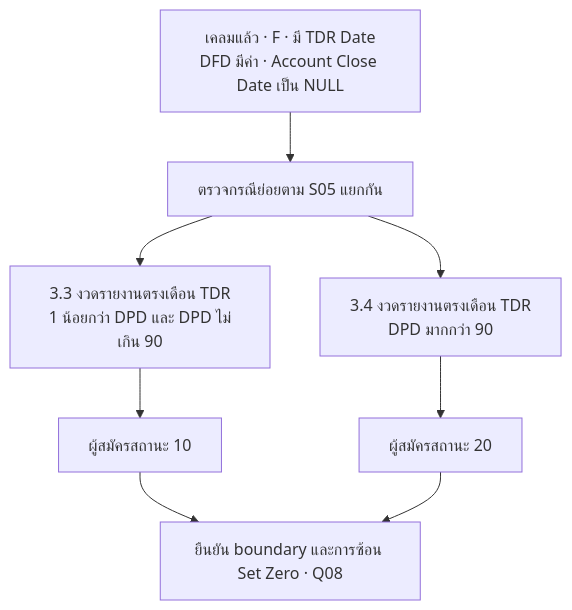
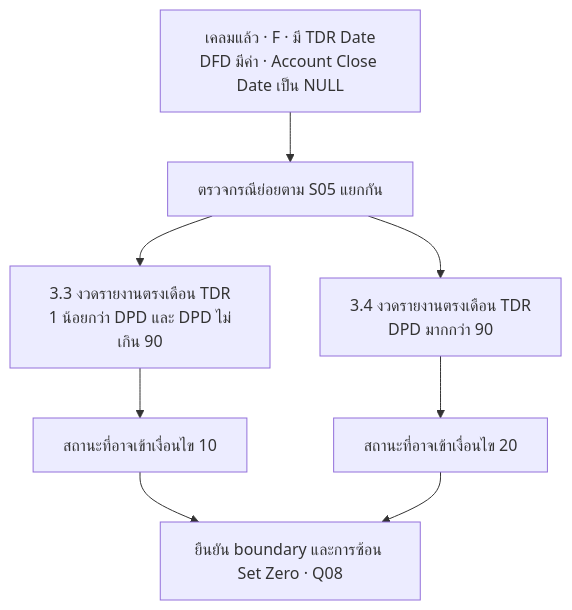
The sixth of 10 diagrams in app/account-status/page.mdx (yukasung/eodncb), drawn with Mermaid before and after one commit. The commit also changed other lines of this file and 12 other files, not shown here.

````diff
--- a/app/account-status/page.mdx
+++ b/app/account-status/page.mdx
@@ -211,10 +211,10 @@
 ```mermaid
 flowchart TD
     A[เคลมแล้ว · F · มี TDR Date<br/>DFD มีค่า · Account Close Date เป็น NULL] --> B[ตรวจกรณีย่อยตาม S05 แยกกัน]
     B --> C[3.3 งวดรายงานตรงเดือน TDR<br/>1 น้อยกว่า DPD และ DPD ไม่เกิน 90]
     B --> D[3.4 งวดรายงานตรงเดือน TDR<br/>DPD มากกว่า 90]
-    C --> E[ผู้สมัครสถานะ 10]
-    D --> F[ผู้สมัครสถานะ 20]
+    C --> E[สถานะที่อาจเข้าเงื่อนไข 10]
+    D --> F[สถานะที่อาจเข้าเงื่อนไข 20]
     E --> Q[ยืนยัน boundary และการซ้อน Set Zero · Q08]
     F --> Q
 ```
````
